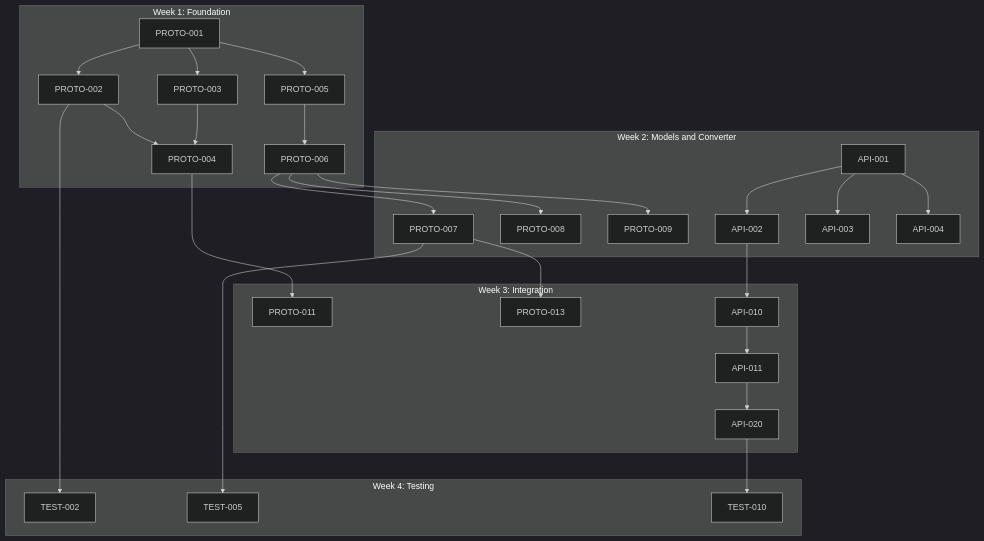
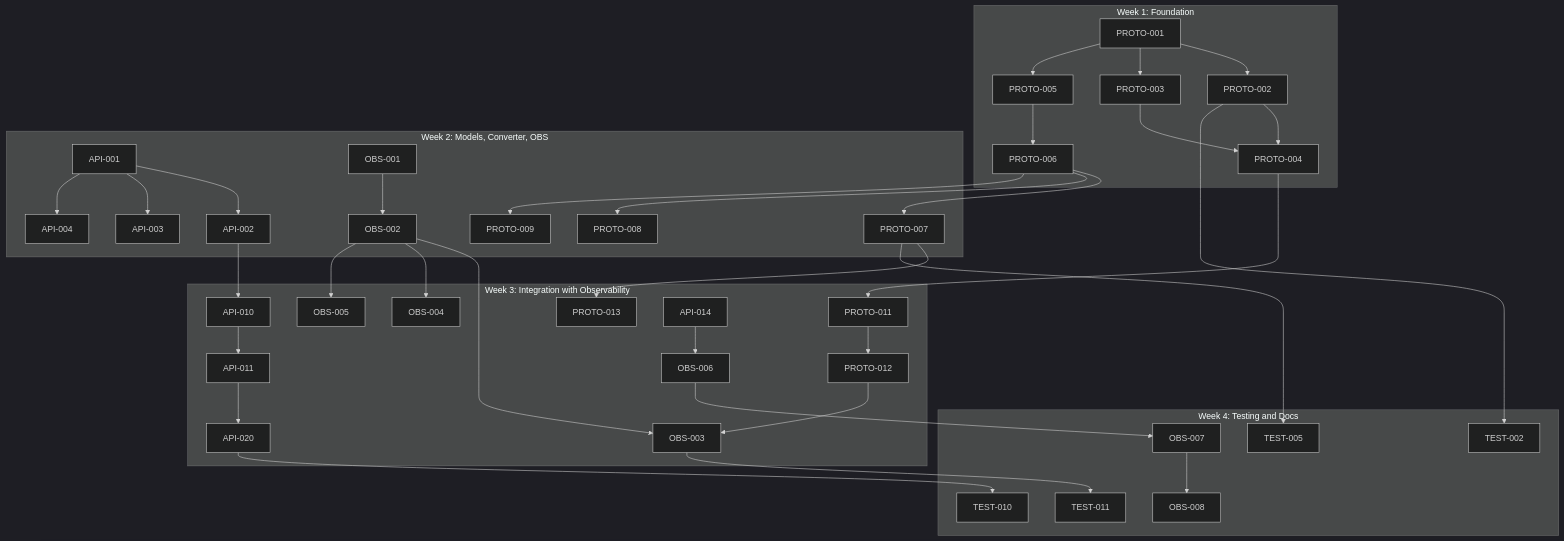
The third of 3 diagrams in .cursor/plans/sprint_1_modernization_e041af8d.plan.md (jxtngx/ib-interface), drawn with Mermaid (dark theme) before and after one commit. The commit also changed other lines of this file and 4 other files, not shown here.

````diff
--- a/.cursor/plans/sprint_1_modernization_e041af8d.plan.md
+++ b/.cursor/plans/sprint_1_modernization_e041af8d.plan.md
@@ -178,34 +213,44 @@
 ```mermaid
 graph TD
     subgraph week1 [Week 1: Foundation]
         P1[PROTO-001] --> P2[PROTO-002]
         P1 --> P3[PROTO-003]
         P1 --> P5[PROTO-005]
         P2 --> P4[PROTO-004]
         P3 --> P4
         P5 --> P6[PROTO-006]
     end
     
-    subgraph week2 [Week 2: Models and Converter]
+    subgraph week2 [Week 2: Models, Converter, OBS]
         P6 --> P7[PROTO-007]
         P6 --> P8[PROTO-008]
         P6 --> P9[PROTO-009]
         A1[API-001] --> A2[API-002]
         A1 --> A3[API-003]
         A1 --> A4[API-004]
+        O1[OBS-001] --> O2[OBS-002]
     end
     
-    subgraph week3 [Week 3: Integration]
+    subgraph week3 [Week 3: Integration with Observability]
         P4 --> P11[PROTO-011]
+        P11 --> P12[PROTO-012]
+        P12 --> O3[OBS-003]
+        O2 --> O3
+        O2 --> O4[OBS-004]
+        O2 --> O5[OBS-005]
         P7 --> P13[PROTO-013]
         A2 --> A10[API-010]
         A10 --> A11[API-011]
         A11 --> A20[API-020]
+        A14[API-014] --> O6[OBS-006]
     end
     
-    subgraph week4 [Week 4: Testing]
+    subgraph week4 [Week 4: Testing and Docs]
         P2 --> T2[TEST-002]
         P7 --> T5[TEST-005]
         A20 --> T10[TEST-010]
+        O3 --> T11[TEST-011]
+        O6 --> O7[OBS-007]
+        O7 --> O8[OBS-008]
     end
 ```
````
